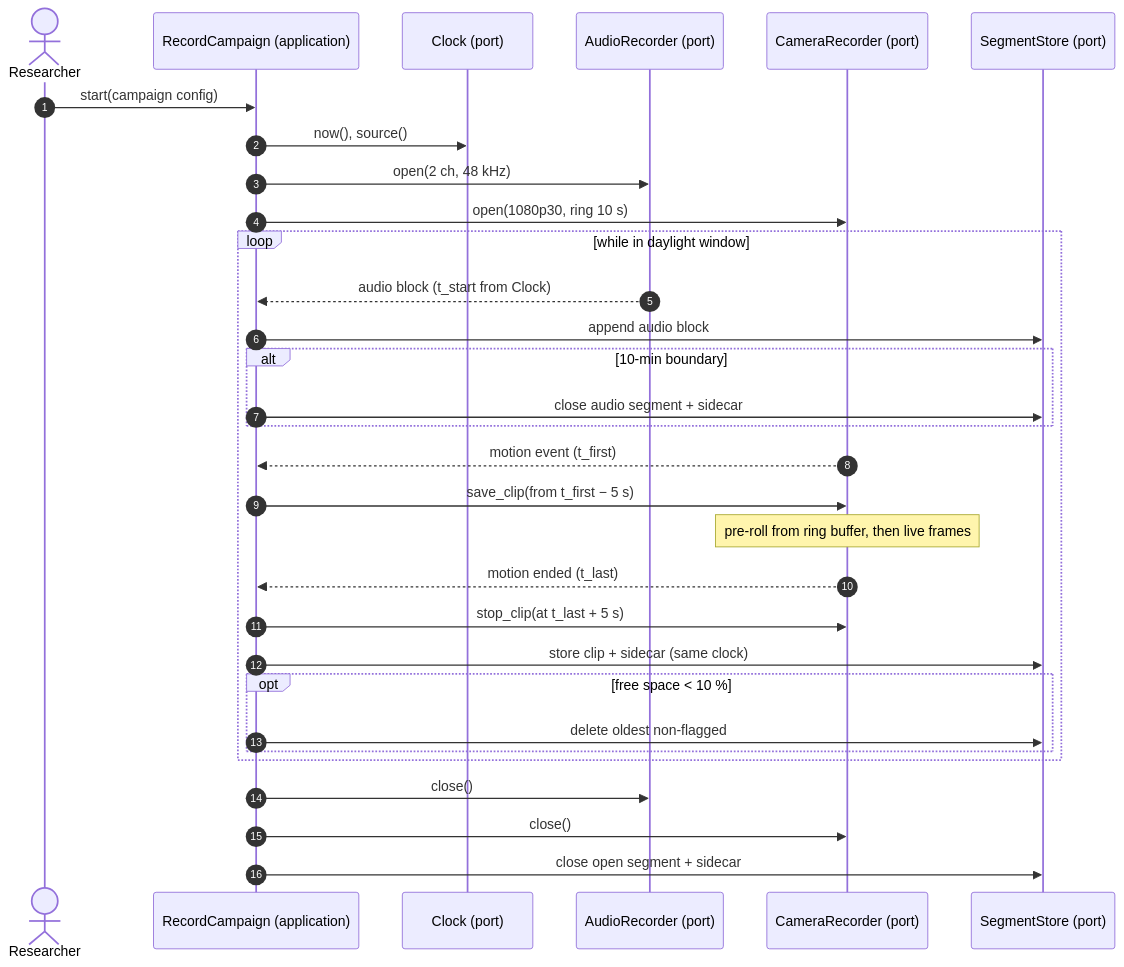
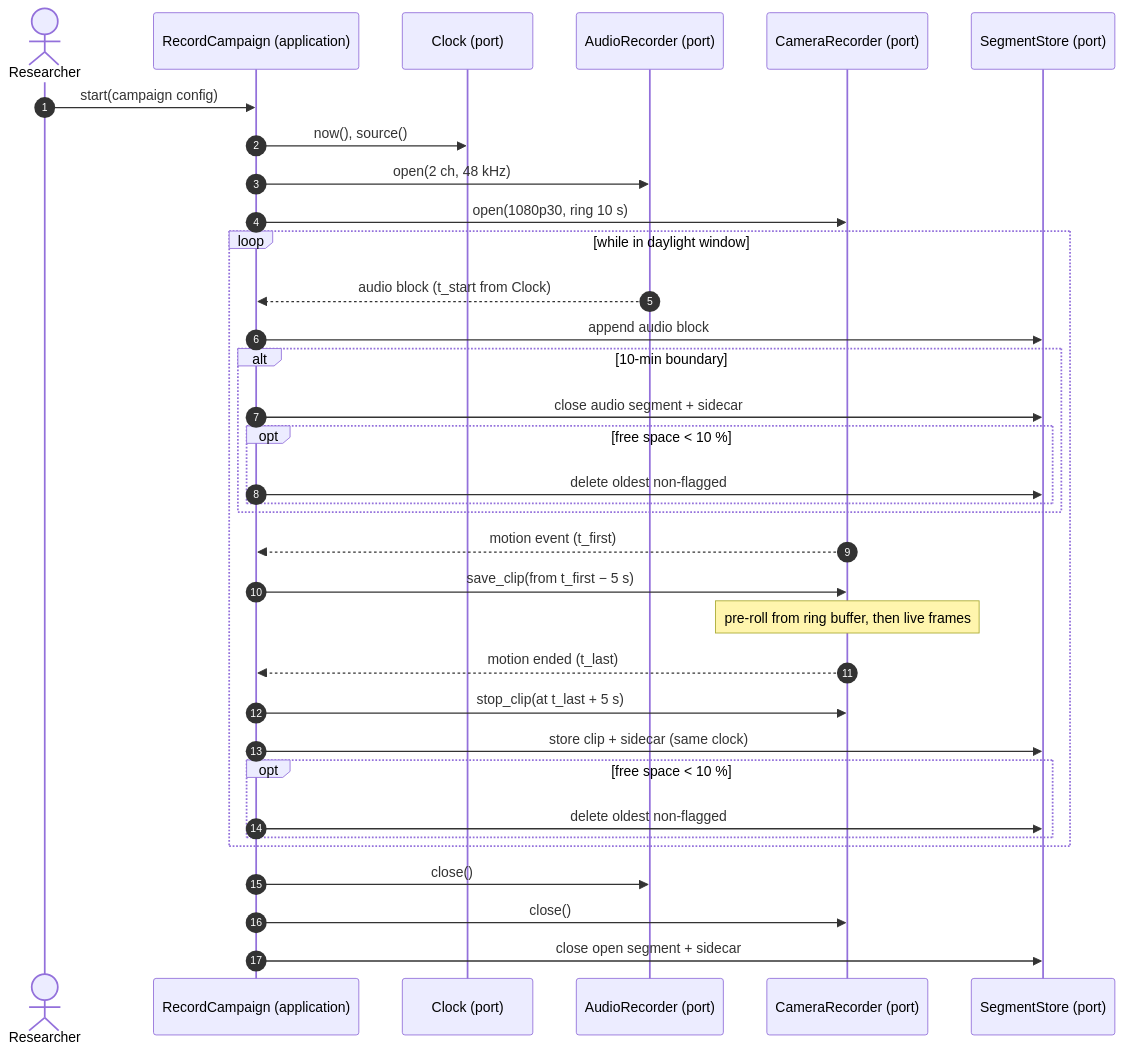
The diagram in docs/architecture/diagrams/capture-rig/02-sequence-recording.md (benoit-bremaud/aristech), drawn with Mermaid before and after one commit. The commit also changed other lines of this file and 1 other file, not shown here.

Commit message:
docs(capture-rig): rotate on audio segments and let Degraded follow the daylight window

````diff
--- a/docs/architecture/diagrams/capture-rig/02-sequence-recording.md
+++ b/docs/architecture/diagrams/capture-rig/02-sequence-recording.md
@@ -14,34 +14,37 @@
 ```mermaid
 sequenceDiagram
     autonumber
     actor R as Researcher
     participant UC as RecordCampaign (application)
     participant CK as Clock (port)
     participant AU as AudioRecorder (port)
     participant CA as CameraRecorder (port)
     participant ST as SegmentStore (port)
 
     R->>UC: start(campaign config)
     UC->>CK: now(), source()
     UC->>AU: open(2 ch, 48 kHz)
     UC->>CA: open(1080p30, ring 10 s)
     loop while in daylight window
         AU-->>UC: audio block (t_start from Clock)
         UC->>ST: append audio block
         alt 10-min boundary
             UC->>ST: close audio segment + sidecar
+            opt free space < 10 %
+                UC->>ST: delete oldest non-flagged
+            end
         end
         CA-->>UC: motion event (t_first)
         UC->>CA: save_clip(from t_first − 5 s)
         Note over CA: pre-roll from ring buffer, then live frames
         CA-->>UC: motion ended (t_last)
         UC->>CA: stop_clip(at t_last + 5 s)
         UC->>ST: store clip + sidecar (same clock)
         opt free space < 10 %
             UC->>ST: delete oldest non-flagged
         end
     end
     UC->>AU: close()
     UC->>CA: close()
     UC->>ST: close open segment + sidecar
 ```
````
